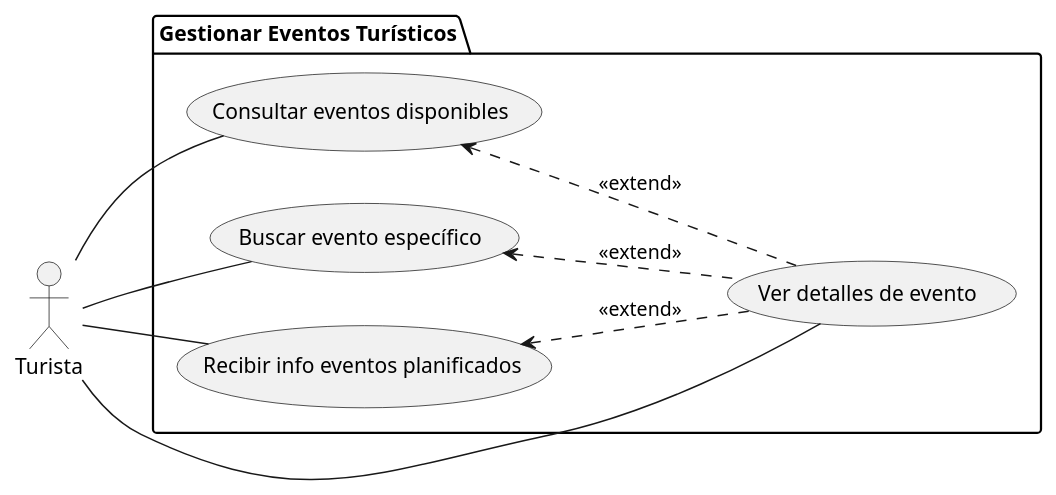
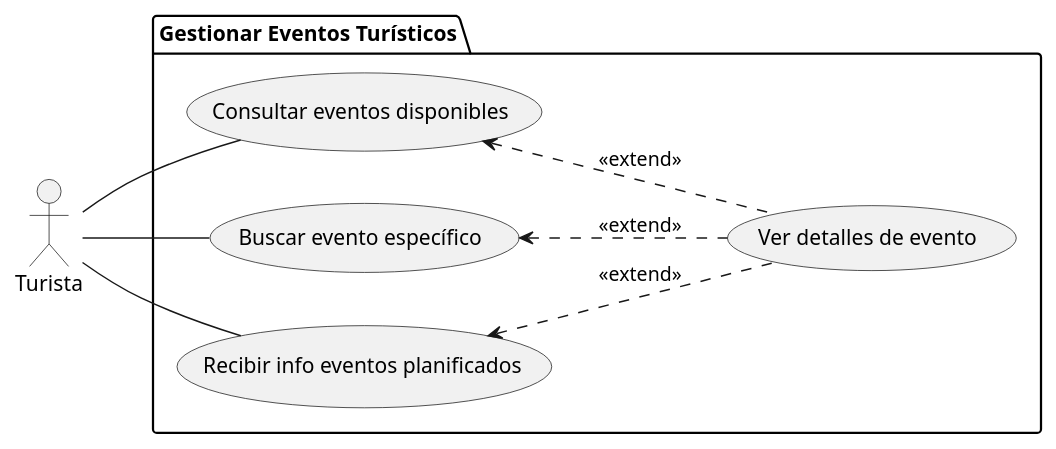
Before and after one commit to LJSaumeth/SM-Xplore-Proto: the diagram in docs/modelos/uc-lvl-1/gestionar-eventos/turista-diagrama.puml, drawn with PlantUML.

```diff
--- a/docs/modelos/uc-lvl-1/gestionar-eventos/turista-diagrama.puml
+++ b/docs/modelos/uc-lvl-1/gestionar-eventos/turista-diagrama.puml
@@ -1,22 +1,21 @@
 @startuml
 left to right direction
 
 actor Turista as T
 
 package "Gestionar Eventos Turísticos" {
     usecase "Consultar eventos disponibles" as UC1
     usecase "Buscar evento específico" as UC2
     usecase "Recibir info eventos planificados" as UC3
     usecase "Ver detalles de evento" as UC4
 }
 
 T -- UC1
 T -- UC2
 T -- UC3
-T -- UC4
 
 UC1 <.. UC4 : <<extend>>
 UC2 <.. UC4 : <<extend>>
 UC3 <.. UC4 : <<extend>>
 
 @enduml
```
